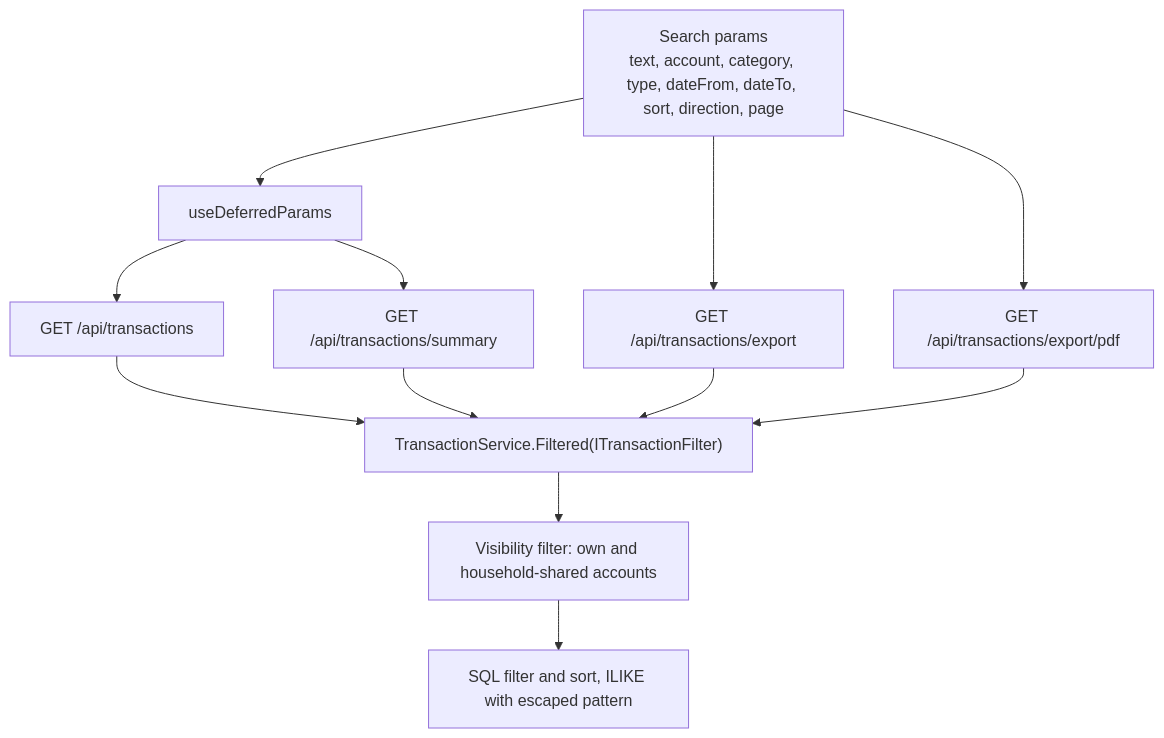
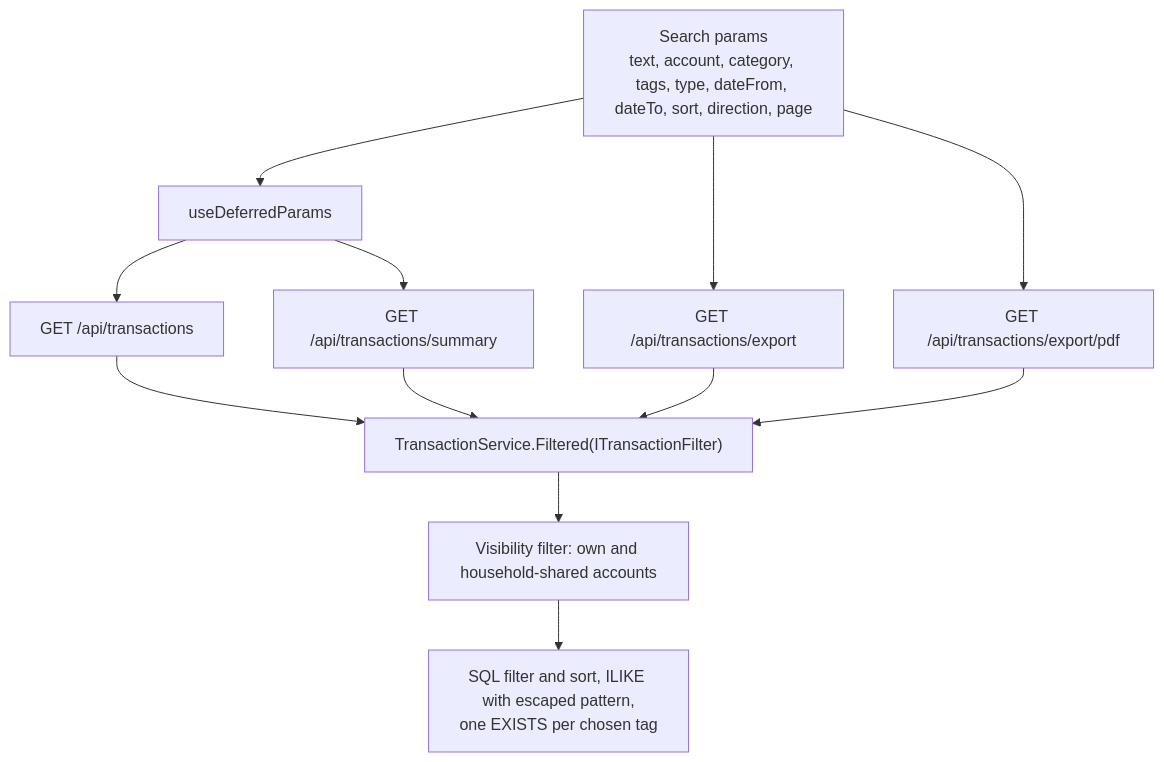
Before and after one commit to Justxs/Jx-Finance: the first of 3 diagrams in docs/features/07. Transactions.md, drawn with Mermaid. The commit also changed other lines of this file and 156 other files, not shown here.

First line of the commit message:
feat(tags): tag transactions

````diff
--- a/docs/features/07. Transactions.md
+++ b/docs/features/07. Transactions.md
@@ -7,14 +7,14 @@
 ```mermaid
 flowchart TD
-    Url["Search params<br/>text, account, category, type, dateFrom, dateTo, sort, direction, page"] --> Defer["useDeferredParams"]
+    Url["Search params<br/>text, account, category, tags, type, dateFrom, dateTo, sort, direction, page"] --> Defer["useDeferredParams"]
     Defer --> List["GET /api/transactions"]
     Defer --> Summary["GET /api/transactions/summary"]
     Url --> Csv["GET /api/transactions/export"]
     Url --> Pdf["GET /api/transactions/export/pdf"]
     List --> F["TransactionService.Filtered(ITransactionFilter)"]
     Summary --> F
     Csv --> F
     Pdf --> F
     F --> Vis["Visibility filter: own and household-shared accounts"]
-    Vis --> Sql["SQL filter and sort, ILIKE with escaped pattern"]
+    Vis --> Sql["SQL filter and sort, ILIKE with escaped pattern,<br/>one EXISTS per chosen tag"]
 ```
````
